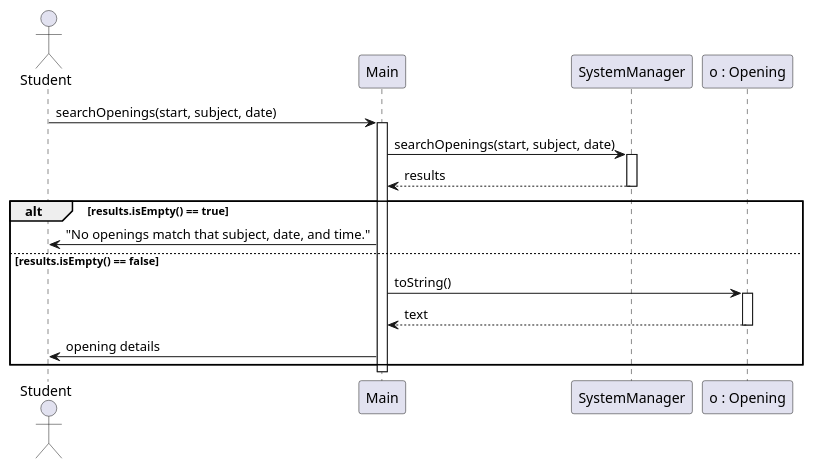
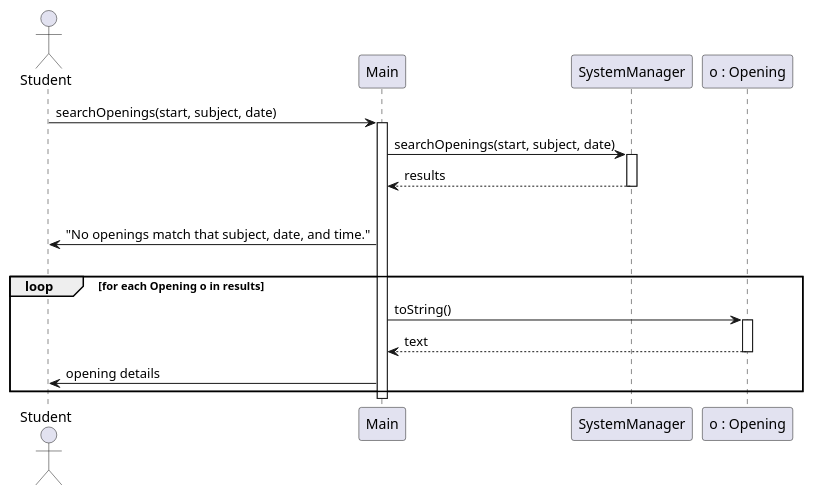
One commit to localhost433/OOPFinalProject changed the diagram in docs/search-openings-sequence.puml. Above: the diagram before and after it, drawn with PlantUML.

Commit message:
added loop

```diff
--- a/docs/search-openings-sequence.puml
+++ b/docs/search-openings-sequence.puml
@@ -1,31 +1,32 @@
 @startuml search-openings-sequence
 ' Sequence diagram — Student searches for available openings (Main.searchOpenings)
 
 actor Student as student
 
 participant "Main" as main
 participant "SystemManager" as sys
 participant "o : Opening" as open
 
 student -> main : searchOpenings(start, subject, date)
 activate main
 
 main -> sys : searchOpenings(start, subject, date)
 activate sys
 sys --> main : results
 deactivate sys
 
 alt results.isEmpty() == true
     main -> student : "No openings match that subject, date, and time."
 else results.isEmpty() == false
+    loop for each Opening o in results
     main -> open : toString()
     activate open
     open --> main : text
     deactivate open
 
     main -> student : opening details
 end
 
 deactivate main
 
 @enduml
```
